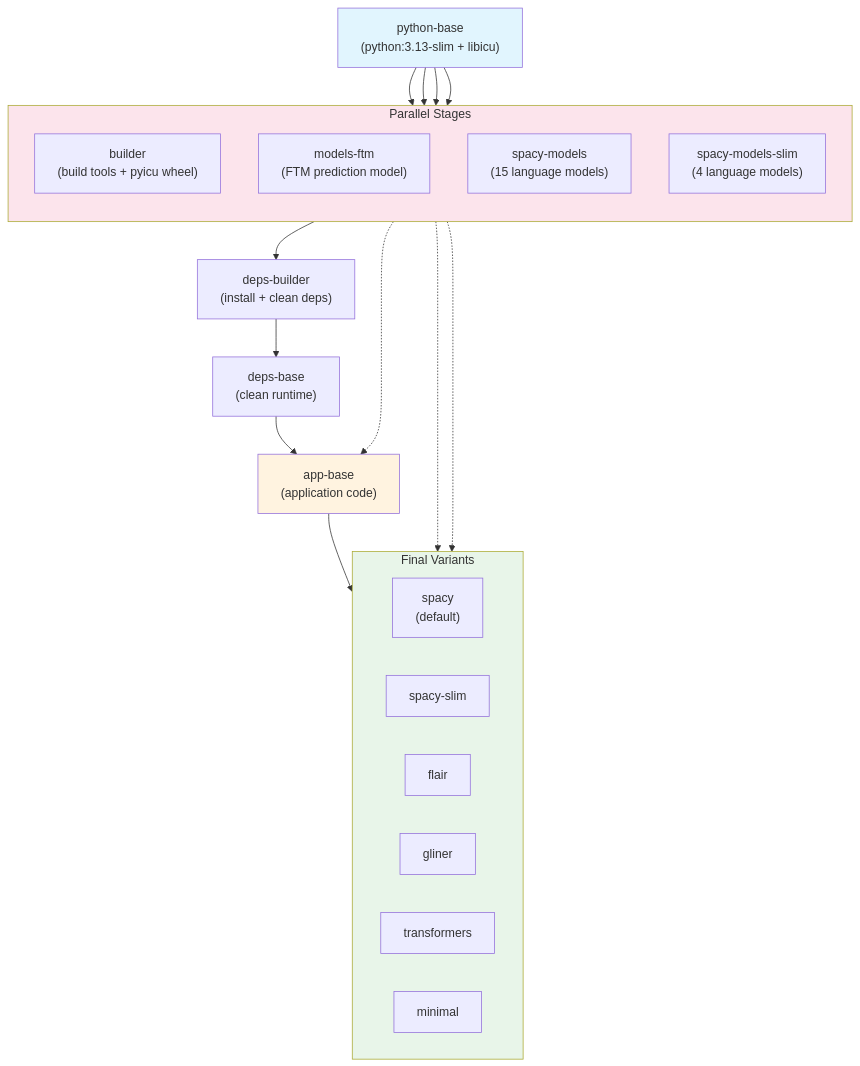
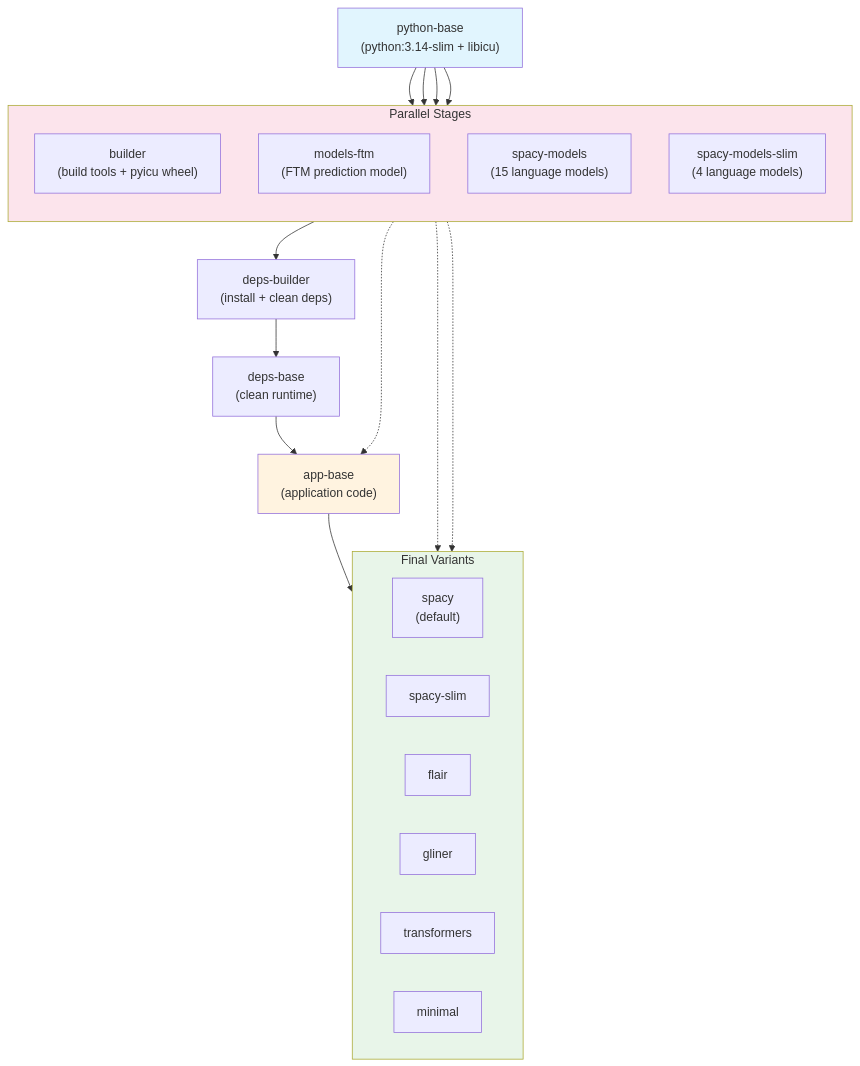
One commit to openaleph/ftm-analyze changed the diagram in docs/docker.md. Above: the diagram before and after it, drawn with Mermaid. The commit also changed other lines of this file and 5 other files, not shown here.

````diff
--- a/docs/docker.md
+++ b/docs/docker.md
@@ -276,42 +296,42 @@
 ```mermaid
 flowchart TB
     subgraph parallel["Parallel Stages"]
         direction TB
         builder["builder\n(build tools + pyicu wheel)"]
         models-ftm["models-ftm\n(FTM prediction model)"]
         spacy-models["spacy-models\n(15 language models)"]
         spacy-models-slim["spacy-models-slim\n(4 language models)"]
     end
 
-    python-base["python-base\n(python:3.13-slim + libicu)"]
+    python-base["python-base\n(python:3.14-slim + libicu)"]
 
     python-base --> builder
     python-base --> models-ftm
     python-base --> spacy-models
     python-base --> spacy-models-slim
 
     builder --> deps-builder["deps-builder\n(install + clean deps)"]
     deps-builder --> deps-base["deps-base\n(clean runtime)"]
 
     deps-base --> app-base["app-base\n(application code)"]
     models-ftm -.-> app-base
 
     subgraph variants["Final Variants"]
         direction LR
         spacy["spacy\n(default)"]
         spacy-slim["spacy-slim"]
         flair["flair"]
         gliner["gliner"]
         transformers["transformers"]
         minimal["minimal"]
     end
 
     app-base --> variants
     spacy-models -.-> spacy
     spacy-models-slim -.-> spacy-slim
 
     style python-base fill:#e1f5fe
     style app-base fill:#fff3e0
     style variants fill:#e8f5e9
     style parallel fill:#fce4ec
 ```
````
